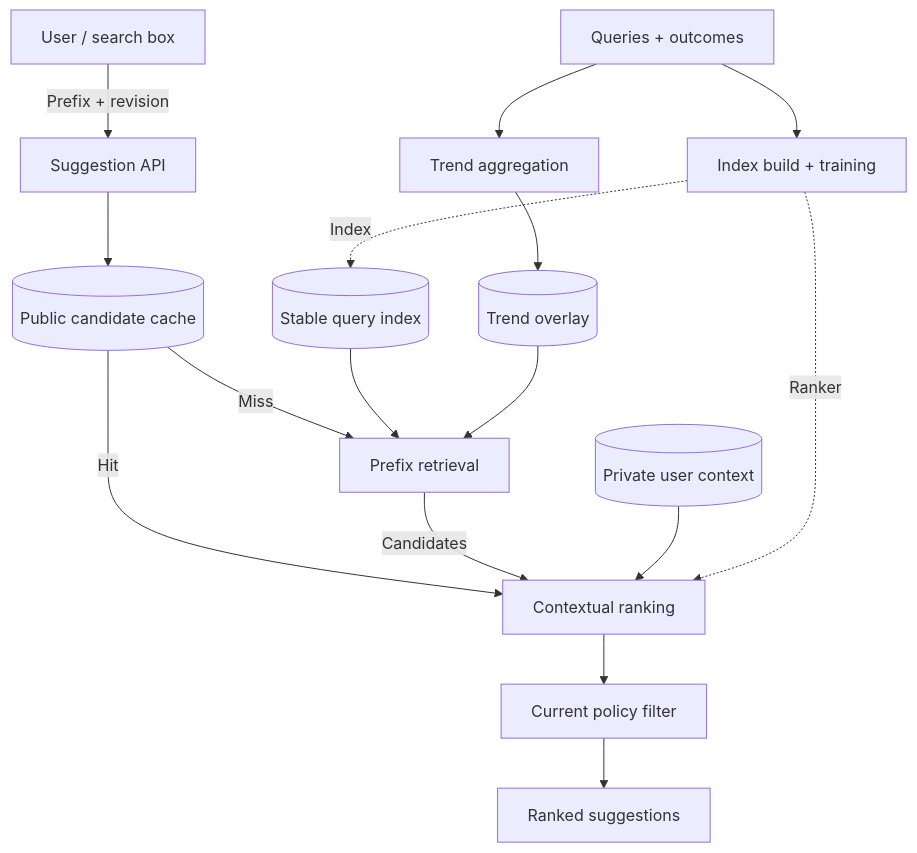
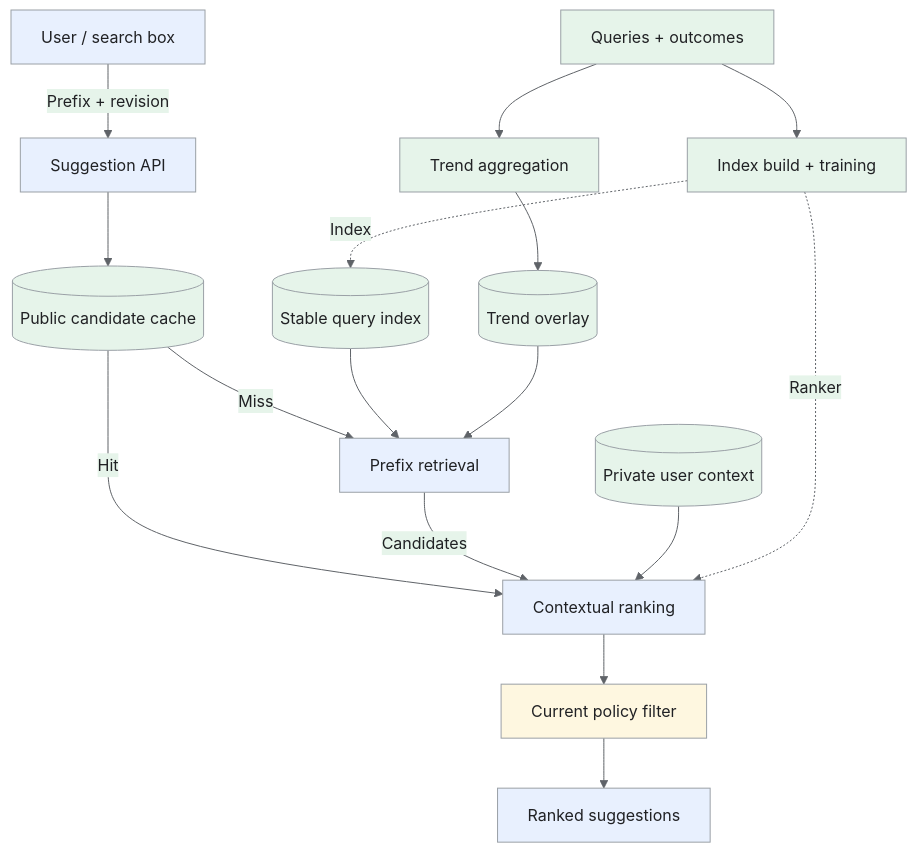
The first of 3 diagrams in _designs/autocomplete-query-suggestion.md (iliazlobin/iliazlobin.github.io), drawn with Mermaid before and after one commit. The commit also changed other lines of this file and 25 other files, not shown here.

Commit message:
docs: explain Batch B design flows and tradeoffs

````diff
--- a/_designs/autocomplete-query-suggestion.md
+++ b/_designs/autocomplete-query-suggestion.md
@@ -132,18 +148,26 @@
 ```mermaid
+%%{init: {'theme':'base','themeVariables':{'primaryColor':'#e8f0fe','primaryTextColor':'#202124','primaryBorderColor':'#9aa0a6','lineColor':'#5f6368','secondaryColor':'#e6f4ea','tertiaryColor':'#fef7e0','actorBkg':'#e8f0fe','actorBorder':'#9aa0a6','actorTextColor':'#202124','noteBkgColor':'#fef7e0','noteTextColor':'#202124','noteBorderColor':'#9aa0a6','signalColor':'#5f6368','signalTextColor':'#202124','labelBoxBkgColor':'#fef7e0','labelBoxBorderColor':'#9aa0a6'}}}%%
 flowchart TB
   U["User / search box"] -->|"Prefix + revision"| API["Suggestion API"]
   API --> CACHE[("Public candidate cache")]
   CACHE -->|"Miss"| RET["Prefix retrieval"]
   IDX[("Stable query index")] --> RET
   TREND[("Trend overlay")] --> RET
   CACHE -->|"Hit"| RANK["Contextual ranking"]
   RET -->|"Candidates"| RANK
   CONTEXT[("Private user context")] --> RANK
   RANK --> POLICY["Current policy filter"]
   POLICY --> RESULT["Ranked suggestions"]
   EVENTS["Queries + outcomes"] --> AGG["Trend aggregation"]
   AGG --> TREND
   EVENTS --> BUILD["Index build + training"]
   BUILD -.->|"Index"| IDX
   BUILD -.->|"Ranker"| RANK
+classDef request fill:#e8f0fe,stroke:#9aa0a6,color:#202124;
+classDef data fill:#e6f4ea,stroke:#9aa0a6,color:#202124;
+classDef control fill:#fef7e0,stroke:#9aa0a6,color:#202124;
+class U,API,RET,RANK,RESULT request;
+class CACHE,IDX,TREND,CONTEXT,EVENTS,AGG,BUILD data;
+class POLICY control;
+
 ```
````
